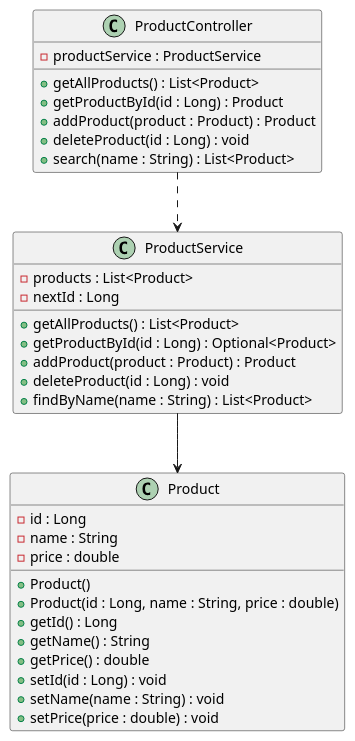
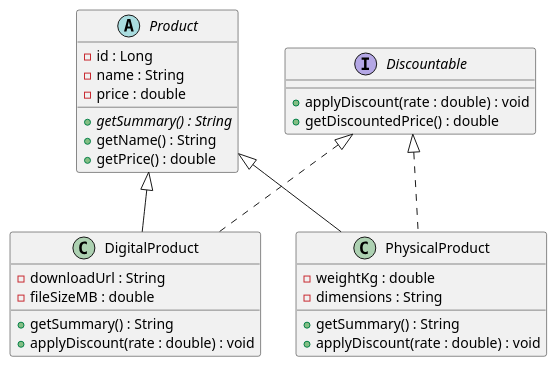
The diagram in docs/uml/Product.puml (sudaraka2004/products-api), drawn with PlantUML before and after one commit. The commit also changed 9 other files, not shown here.

Commit message:
Tutorial 5: polymorphism, getSummary override and Discountable interface

```diff
--- a/docs/uml/Product.puml
+++ b/docs/uml/Product.puml
@@ -1,39 +1,32 @@
 @startuml
-class Product {
-    - id : Long
-    - name : String
-    - price : double
-    + Product()
-    + Product(id : Long, name : String, price : double)
-    + getId() : Long
-    + getName() : String
-    + getPrice() : double
-    + setId(id : Long) : void
-    + setName(name : String) : void
-    + setPrice(price : double) : void
+abstract class Product {
+ - id : Long
+ - name : String
+ - price : double
+ + {abstract} getSummary() : String
+ + getName() : String
+ + getPrice() : double
 }
-
-class ProductService {
-    - products : List<Product>
-    - nextId : Long
-    + getAllProducts() : List<Product>
-    + getProductById(id : Long) : Optional<Product>
-    + addProduct(product : Product) : Product
-    + deleteProduct(id : Long) : void
-    + findByName(name : String) : List<Product>
+interface Discountable {
+ + applyDiscount(rate : double) : void
+ + getDiscountedPrice() : double
 }
-
-class ProductController {
-    - productService : ProductService
-    + getAllProducts() : List<Product>
-    + getProductById(id : Long) : Product
-    + addProduct(product : Product) : Product
-    + deleteProduct(id : Long) : void
-    + search(name : String) : List<Product>
+class DigitalProduct {
+ - downloadUrl : String
+ - fileSizeMB : double
+ + getSummary() : String
+ + applyDiscount(rate : double) : void
 }
-
-' ..> is a dependency: DASHED line, open arrow
-ProductController ..> ProductService
-' --> is an association: SOLID line
-ProductService --> Product
+class PhysicalProduct {
+ - weightKg : double
+ - dimensions : String
+ + getSummary() : String
+ + applyDiscount(rate : double) : void
+}
+' <|-- generalisation (extends): SOLID line
+Product <|-- DigitalProduct
+Product <|-- PhysicalProduct
+' <|.. realisation (implements): DASHED line
+Discountable <|.. DigitalProduct
+Discountable <|.. PhysicalProduct
 @enduml
```
